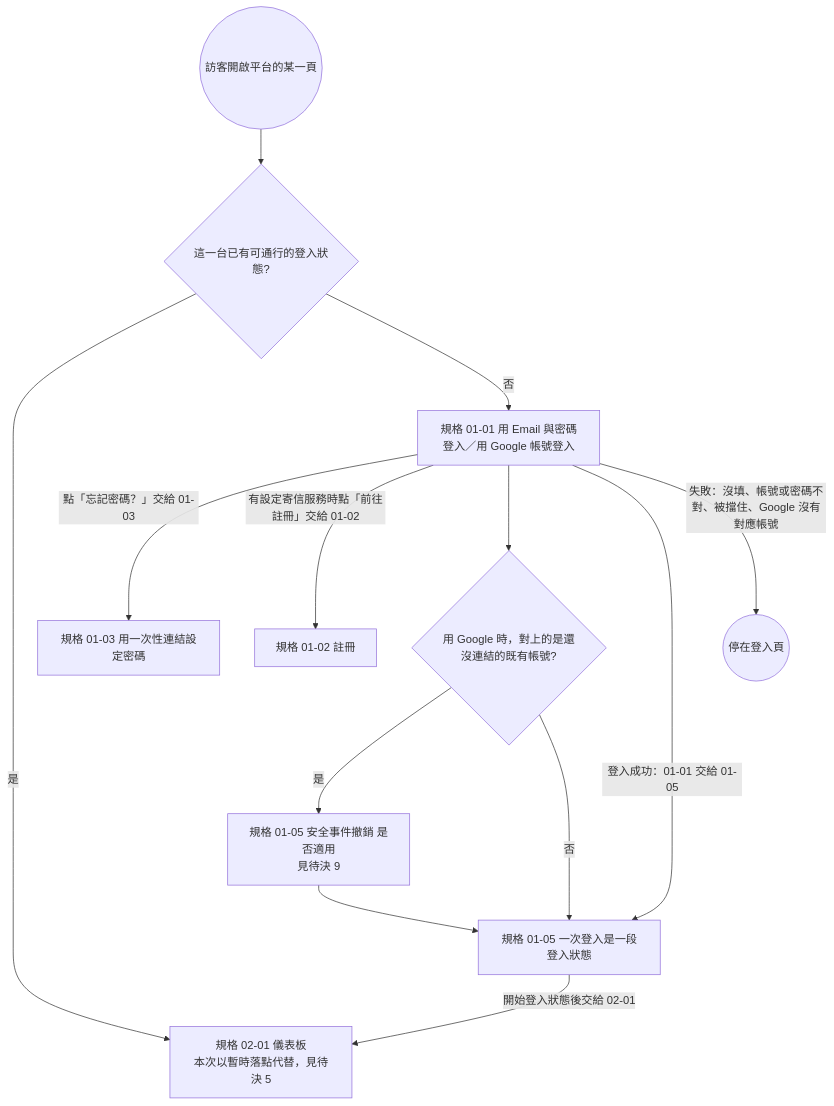
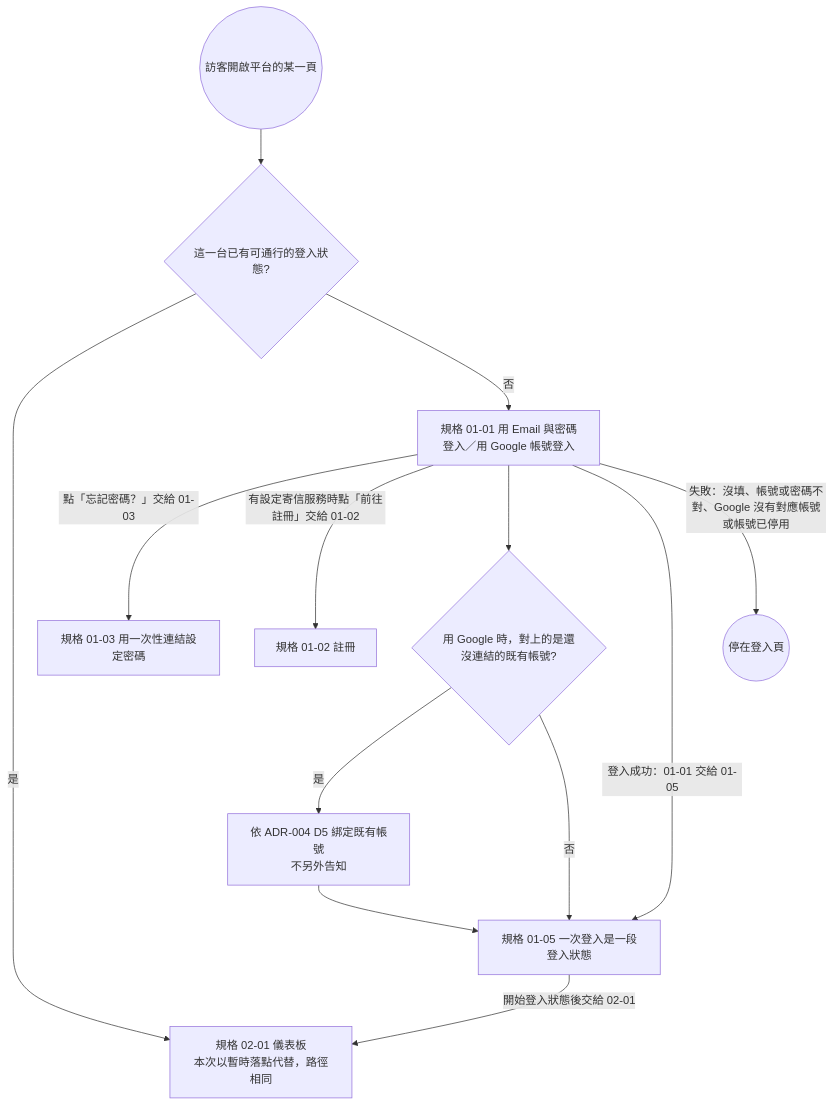
One commit to label-suite/label-suite changed the first of 2 diagrams in openspec/changes/login-auth-guard/system-analysis.md. Above: the diagram before and after it, drawn with Mermaid. The commit also changed other lines of this file and 9 other files, not shown here.

````diff
--- a/openspec/changes/login-auth-guard/system-analysis.md
+++ b/openspec/changes/login-auth-guard/system-analysis.md
@@ -125,15 +134,15 @@
 ```mermaid
 flowchart TD
   S((訪客開啟平台的某一頁)) --> G{這一台已有可通行的登入狀態?}
-  G -- 是 --> D[規格 02-01 儀表板<br/>本次以暫時落點代替，見待決 5]
+  G -- 是 --> D[規格 02-01 儀表板<br/>本次以暫時落點代替，路徑相同]
   G -- 否 --> L[規格 01-01 用 Email 與密碼登入／用 Google 帳號登入]
   L -->|點「忘記密碼？」交給 01-03| R3[規格 01-03 用一次性連結設定密碼]
   L -->|有設定寄信服務時點「前往註冊」交給 01-02| R2[規格 01-02 註冊]
   L --> K{用 Google 時，對上的是還沒連結的既有帳號?}
-  K -- 是 --> B[規格 01-05 安全事件撤銷 是否適用<br/>見待決 9]
+  K -- 是 --> B[依 ADR-004 D5 綁定既有帳號<br/>不另外告知]
   K -- 否 --> ST
   B --> ST
   L -->|登入成功：01-01 交給 01-05| ST[規格 01-05 一次登入是一段登入狀態]
   ST -->|開始登入狀態後交給 02-01| D
-  L -->|失敗：沒填、帳號或密碼不對、被擋住、Google 沒有對應帳號| E((停在登入頁))
+  L -->|失敗：沒填、帳號或密碼不對、Google 沒有對應帳號或帳號已停用| E((停在登入頁))
 ```
````
